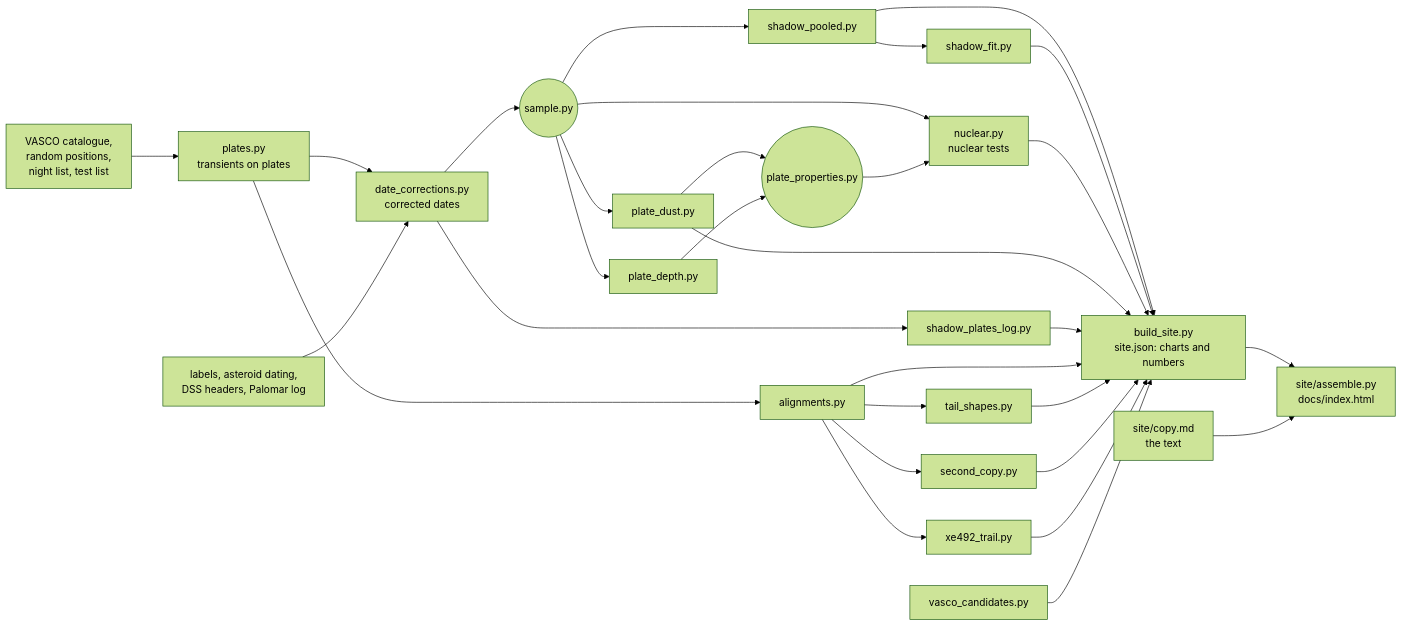
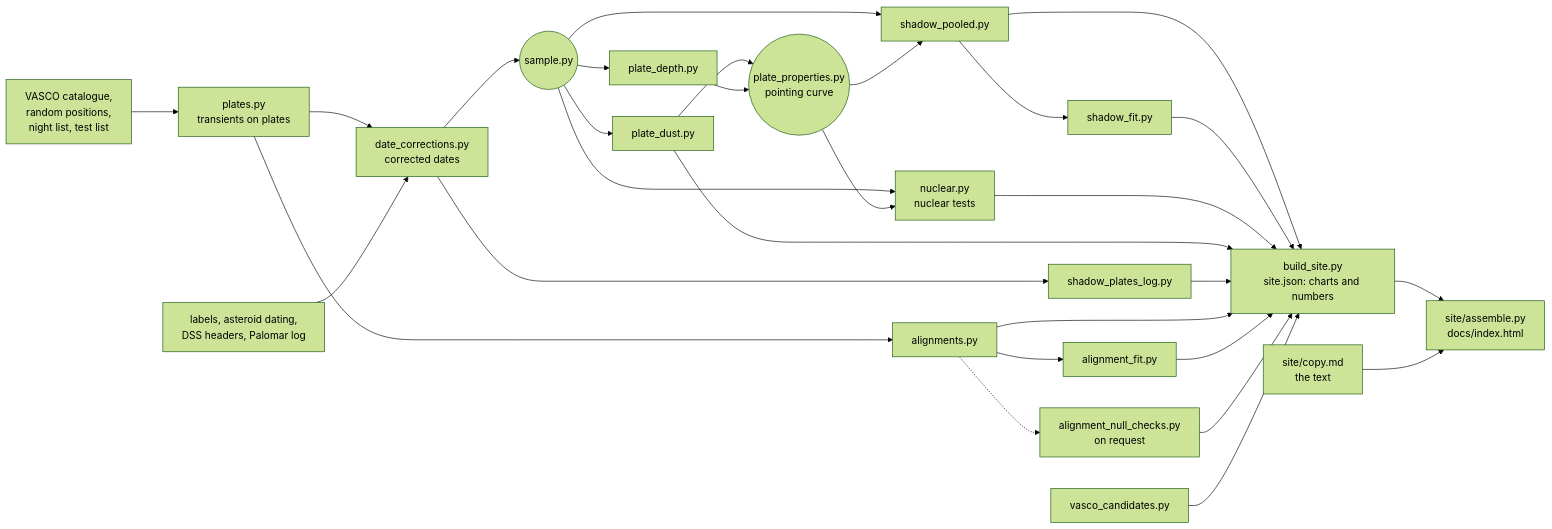
One commit to donalhill/poss-transients changed the diagram in README.md. Above: the diagram before and after it, drawn with Mermaid (forest theme). The commit also changed other lines of this file and 63 other files, not shown here.

Commit message:
Pointing model with equatorial-row term and plate-averaged dust; pooled shadow test with pointing and null checks; step-through charts; widths step removed; track method walkthrough, background-only framing and limits rewritten

````diff
--- a/README.md
+++ b/README.md
@@ -24,17 +24,18 @@
 ```mermaid
 flowchart LR
   ext[VASCO catalogue,<br>random positions,<br>night list, test list] --> plates[plates.py<br>transients on plates]
   plates --> dates[date_corrections.py<br>corrected dates]
   evidence[labels, asteroid dating,<br>DSS headers, Palomar log] --> dates
   dates --> sample((sample.py))
-  sample --> pooled[shadow_pooled.py] --> fit[shadow_fit.py]
   sample --> dust[plate_dust.py] & depth[plate_depth.py]
-  dust & depth --> props((plate_properties.py))
+  dust & depth --> props((plate_properties.py<br>pointing curve))
+  sample & props --> pooled[shadow_pooled.py] --> fit[shadow_fit.py]
   sample & props --> nuclear[nuclear.py<br>nuclear tests]
   dates --> south[shadow_plates_log.py]
-  plates --> align[alignments.py] --> shapes[tail_shapes.py] & second[second_copy.py] & trail[xe492_trail.py]
+  plates --> align[alignments.py] --> afit[alignment_fit.py]
+  align -.-> checks[alignment_null_checks.py<br>on request]
   cands[vasco_candidates.py]
-  pooled & fit & nuclear & dust & south & align & shapes & second & trail & cands --> site[build_site.py<br>site.json: charts and numbers]
+  pooled & fit & nuclear & dust & south & align & afit & checks & cands --> site[build_site.py<br>site.json: charts and numbers]
   site --> page[site/assemble.py<br>docs/index.html]
   copy[site/copy.md<br>the text] --> page
 ```
````
